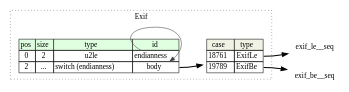
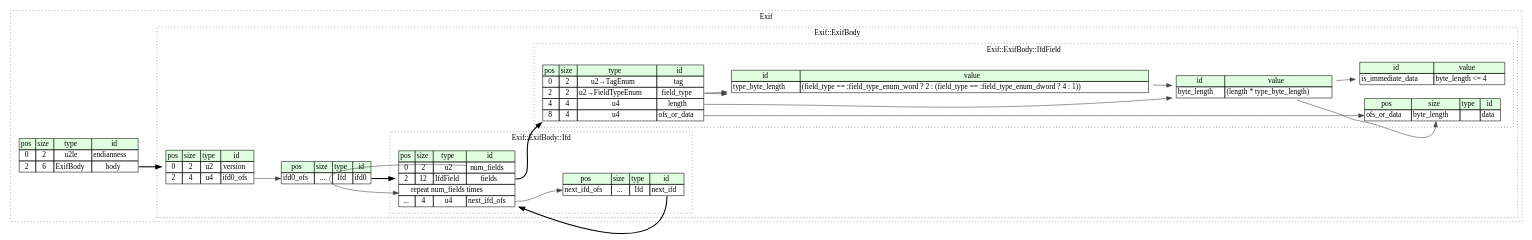
The diagram in exif/src/graphviz/exif.dot (kaitai-io/formats-kaitai-io.github.io), drawn with Graphviz before and after one commit. The commit also changed 75 other files, not shown here.

```diff
--- a/exif/src/graphviz/exif.dot
+++ b/exif/src/graphviz/exif.dot
@@ -1,23 +1,86 @@
 digraph {
 	rankdir=LR;
 	node [shape=plaintext];
 	subgraph cluster__exif {
 		label="Exif";
 		graph[style=dotted];
 
 		exif__seq [label=<<TABLE BORDER="0" CELLBORDER="1" CELLSPACING="0">
 			<TR><TD BGCOLOR="#E0FFE0">pos</TD><TD BGCOLOR="#E0FFE0">size</TD><TD BGCOLOR="#E0FFE0">type</TD><TD BGCOLOR="#E0FFE0">id</TD></TR>
 			<TR><TD PORT="endianness_pos">0</TD><TD PORT="endianness_size">2</TD><TD>u2le</TD><TD PORT="endianness_type">endianness</TD></TR>
-			<TR><TD PORT="body_pos">2</TD><TD PORT="body_size">...</TD><TD>switch (endianness)</TD><TD PORT="body_type">body</TD></TR>
+			<TR><TD PORT="body_pos">2</TD><TD PORT="body_size">6</TD><TD>ExifBody</TD><TD PORT="body_type">body</TD></TR>
 		</TABLE>>];
-exif__seq_body_switch [label=<<TABLE BORDER="0" CELLBORDER="1" CELLSPACING="0">
-	<TR><TD BGCOLOR="#F0F2E4">case</TD><TD BGCOLOR="#F0F2E4">type</TD></TR>
-	<TR><TD>18761</TD><TD PORT="case0">ExifLe</TD></TR>
-	<TR><TD>19789</TD><TD PORT="case1">ExifBe</TD></TR>
-</TABLE>>];
+		subgraph cluster__exif_body {
+			label="Exif::ExifBody";
+			graph[style=dotted];
+
+			exif_body__seq [label=<<TABLE BORDER="0" CELLBORDER="1" CELLSPACING="0">
+				<TR><TD BGCOLOR="#E0FFE0">pos</TD><TD BGCOLOR="#E0FFE0">size</TD><TD BGCOLOR="#E0FFE0">type</TD><TD BGCOLOR="#E0FFE0">id</TD></TR>
+				<TR><TD PORT="version_pos">0</TD><TD PORT="version_size">2</TD><TD>u2</TD><TD PORT="version_type">version</TD></TR>
+				<TR><TD PORT="ifd0_ofs_pos">2</TD><TD PORT="ifd0_ofs_size">4</TD><TD>u4</TD><TD PORT="ifd0_ofs_type">ifd0_ofs</TD></TR>
+			</TABLE>>];
+			exif_body__inst__ifd0 [label=<<TABLE BORDER="0" CELLBORDER="1" CELLSPACING="0">
+				<TR><TD BGCOLOR="#E0FFE0">pos</TD><TD BGCOLOR="#E0FFE0">size</TD><TD BGCOLOR="#E0FFE0">type</TD><TD BGCOLOR="#E0FFE0">id</TD></TR>
+				<TR><TD PORT="ifd0_pos">ifd0_ofs</TD><TD PORT="ifd0_size">...</TD><TD>Ifd</TD><TD PORT="ifd0_type">ifd0</TD></TR>
+			</TABLE>>];
+			subgraph cluster__ifd {
+				label="Exif::ExifBody::Ifd";
+				graph[style=dotted];
+
+				ifd__seq [label=<<TABLE BORDER="0" CELLBORDER="1" CELLSPACING="0">
+					<TR><TD BGCOLOR="#E0FFE0">pos</TD><TD BGCOLOR="#E0FFE0">size</TD><TD BGCOLOR="#E0FFE0">type</TD><TD BGCOLOR="#E0FFE0">id</TD></TR>
+					<TR><TD PORT="num_fields_pos">0</TD><TD PORT="num_fields_size">2</TD><TD>u2</TD><TD PORT="num_fields_type">num_fields</TD></TR>
+					<TR><TD PORT="fields_pos">2</TD><TD PORT="fields_size">12</TD><TD>IfdField</TD><TD PORT="fields_type">fields</TD></TR>
+					<TR><TD COLSPAN="4" PORT="fields__repeat">repeat num_fields times</TD></TR>
+					<TR><TD PORT="next_ifd_ofs_pos">...</TD><TD PORT="next_ifd_ofs_size">4</TD><TD>u4</TD><TD PORT="next_ifd_ofs_type">next_ifd_ofs</TD></TR>
+				</TABLE>>];
+				ifd__inst__next_ifd [label=<<TABLE BORDER="0" CELLBORDER="1" CELLSPACING="0">
+					<TR><TD BGCOLOR="#E0FFE0">pos</TD><TD BGCOLOR="#E0FFE0">size</TD><TD BGCOLOR="#E0FFE0">type</TD><TD BGCOLOR="#E0FFE0">id</TD></TR>
+					<TR><TD PORT="next_ifd_pos">next_ifd_ofs</TD><TD PORT="next_ifd_size">...</TD><TD>Ifd</TD><TD PORT="next_ifd_type">next_ifd</TD></TR>
+				</TABLE>>];
+			}
+			subgraph cluster__ifd_field {
+				label="Exif::ExifBody::IfdField";
+				graph[style=dotted];
+
+				ifd_field__seq [label=<<TABLE BORDER="0" CELLBORDER="1" CELLSPACING="0">
+					<TR><TD BGCOLOR="#E0FFE0">pos</TD><TD BGCOLOR="#E0FFE0">size</TD><TD BGCOLOR="#E0FFE0">type</TD><TD BGCOLOR="#E0FFE0">id</TD></TR>
+					<TR><TD PORT="tag_pos">0</TD><TD PORT="tag_size">2</TD><TD>u2→TagEnum</TD><TD PORT="tag_type">tag</TD></TR>
+					<TR><TD PORT="field_type_pos">2</TD><TD PORT="field_type_size">2</TD><TD>u2→FieldTypeEnum</TD><TD PORT="field_type_type">field_type</TD></TR>
+					<TR><TD PORT="length_pos">4</TD><TD PORT="length_size">4</TD><TD>u4</TD><TD PORT="length_type">length</TD></TR>
+					<TR><TD PORT="ofs_or_data_pos">8</TD><TD PORT="ofs_or_data_size">4</TD><TD>u4</TD><TD PORT="ofs_or_data_type">ofs_or_data</TD></TR>
+				</TABLE>>];
+				ifd_field__inst__type_byte_length [label=<<TABLE BORDER="0" CELLBORDER="1" CELLSPACING="0">
+					<TR><TD BGCOLOR="#E0FFE0">id</TD><TD BGCOLOR="#E0FFE0">value</TD></TR>
+					<TR><TD>type_byte_length</TD><TD>(field_type == :field_type_enum_word ? 2 : (field_type == :field_type_enum_dword ? 4 : 1))</TD></TR>
+				</TABLE>>];
+				ifd_field__inst__byte_length [label=<<TABLE BORDER="0" CELLBORDER="1" CELLSPACING="0">
+					<TR><TD BGCOLOR="#E0FFE0">id</TD><TD BGCOLOR="#E0FFE0">value</TD></TR>
+					<TR><TD>byte_length</TD><TD>(length * type_byte_length)</TD></TR>
+				</TABLE>>];
+				ifd_field__inst__is_immediate_data [label=<<TABLE BORDER="0" CELLBORDER="1" CELLSPACING="0">
+					<TR><TD BGCOLOR="#E0FFE0">id</TD><TD BGCOLOR="#E0FFE0">value</TD></TR>
+					<TR><TD>is_immediate_data</TD><TD>byte_length &lt;= 4</TD></TR>
+				</TABLE>>];
+				ifd_field__inst__data [label=<<TABLE BORDER="0" CELLBORDER="1" CELLSPACING="0">
+					<TR><TD BGCOLOR="#E0FFE0">pos</TD><TD BGCOLOR="#E0FFE0">size</TD><TD BGCOLOR="#E0FFE0">type</TD><TD BGCOLOR="#E0FFE0">id</TD></TR>
+					<TR><TD PORT="data_pos">ofs_or_data</TD><TD PORT="data_size">byte_length</TD><TD></TD><TD PORT="data_type">data</TD></TR>
+				</TABLE>>];
+			}
+		}
 	}
-	exif__seq:body_type -> exif__seq_body_switch [style=bold];
-	exif__seq_body_switch:case0 -> exif_le__seq [style=bold];
-	exif__seq_body_switch:case1 -> exif_be__seq [style=bold];
-	exif__seq:endianness_type -> exif__seq:body_type [color="#404040"];
+	exif__seq:body_type -> exif_body__seq [style=bold];
+	exif_body__seq:ifd0_ofs_type -> exif_body__inst__ifd0:ifd0_pos [color="#404040"];
+	exif_body__inst__ifd0:ifd0_type -> ifd__seq [style=bold];
+	ifd__seq:fields_type -> ifd_field__seq [style=bold];
+	ifd__seq:num_fields_type -> ifd__seq:fields__repeat [color="#404040"];
+	ifd__seq:next_ifd_ofs_type -> ifd__inst__next_ifd:next_ifd_pos [color="#404040"];
+	ifd__inst__next_ifd:next_ifd_type -> ifd__seq [style=bold];
+	ifd_field__seq:field_type_type -> ifd_field__inst__type_byte_length [color="#404040"];
+	ifd_field__seq:field_type_type -> ifd_field__inst__type_byte_length [color="#404040"];
+	ifd_field__seq:length_type -> ifd_field__inst__byte_length [color="#404040"];
+	ifd_field__inst__type_byte_length:type_byte_length_type -> ifd_field__inst__byte_length [color="#404040"];
+	ifd_field__inst__byte_length:byte_length_type -> ifd_field__inst__is_immediate_data [color="#404040"];
+	ifd_field__seq:ofs_or_data_type -> ifd_field__inst__data:data_pos [color="#404040"];
+	ifd_field__inst__byte_length:byte_length_type -> ifd_field__inst__data:data_size [color="#404040"];
 }
```
